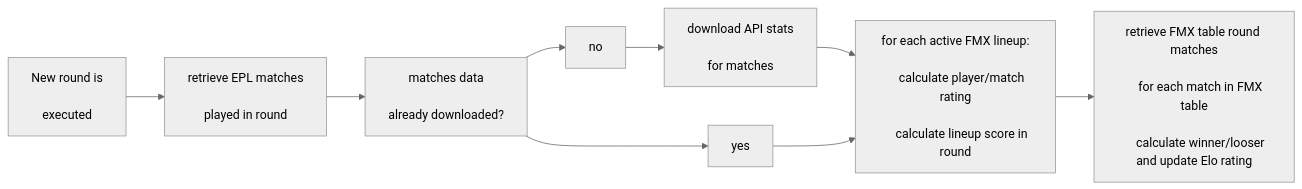
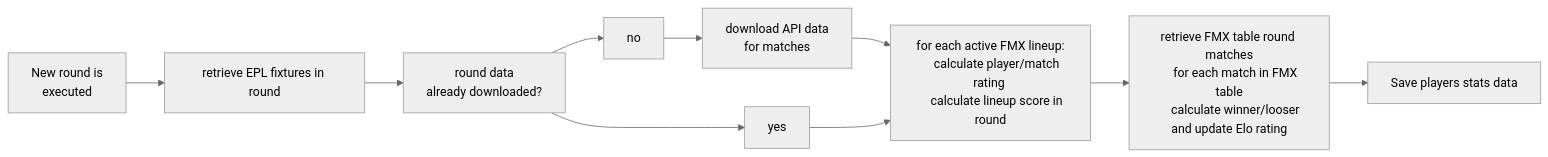
The diagram in README.md (dariofiru/pjx), drawn with Mermaid (neutral theme) before and after one commit. The commit also changed other lines of this file and 26 other files, not shown here.

````diff
--- a/README.md
+++ b/README.md
@@ -221,42 +152,21 @@
 ```mermaid
-
-
- 
 
 flowchart LR
 
     markdown["New round is
-
      executed"]
-
-    newLines["retrieve EPL matches
-
-    played in round"]
-
-    markdown --> newLines -->newLines2["matches data
-
+    newLines["retrieve EPL fixtures in round"]
+    markdown --> newLines -->newLines2["round data
     already downloaded?"]
-
     --> yes & no
-
-     
-
-    no --> newlines4["download API stats
-
+    no --> newlines4["download API data
      for matches"] 
-
-     newlines4["download API stats
-
+     newlines4["download API data
      for matches"]  & yes --> newlines5["for each active FMX lineup:
-
-     calculate player/match rating
-
+     calculate player/match rating 
      calculate lineup score in round  "] -->
-
      newlines6["retrieve FMX table round matches
-
      for each match in FMX table
-
      calculate winner/looser and update Elo rating"]
-
+     --> newlines7["Save players stats data"]
 ```
````
